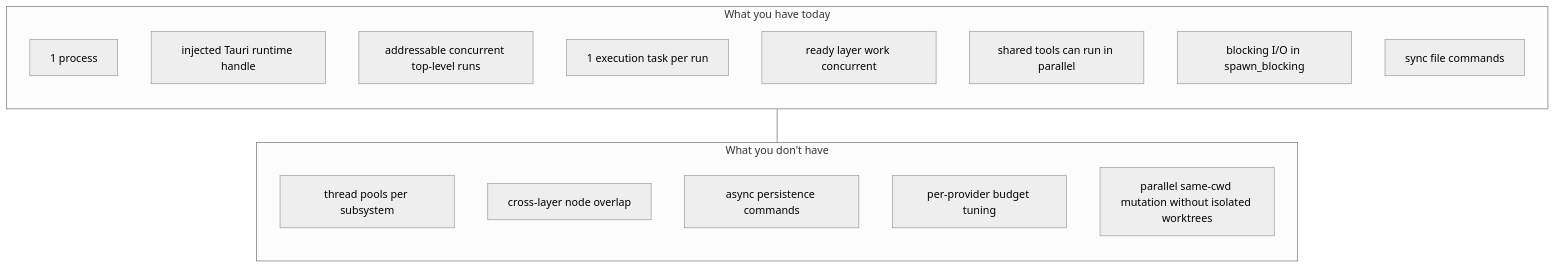
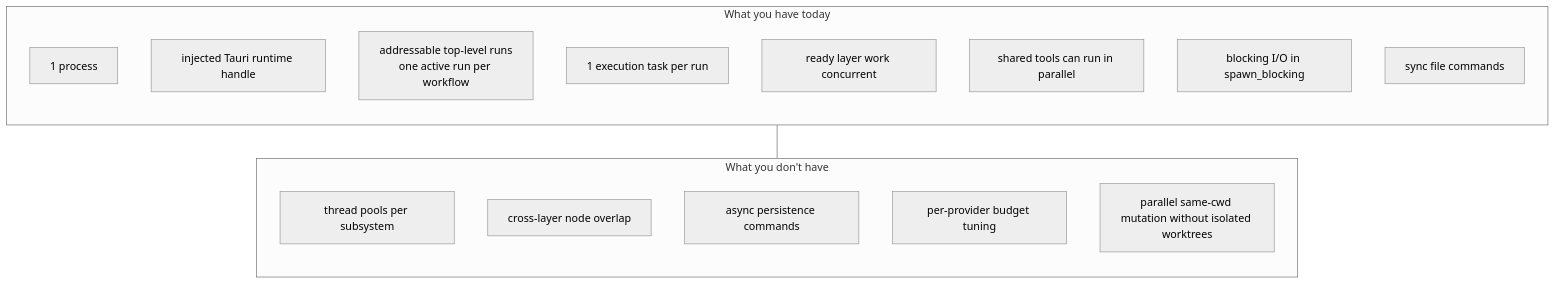
The seventh of 7 diagrams in docs/architecture/threading-concurrency.md (philbotar/OpenFlow), drawn with Mermaid (neutral theme) before and after one commit. The commit also changed other lines of this file and 27 other files, not shown here.

````diff
--- a/docs/architecture/threading-concurrency.md
+++ b/docs/architecture/threading-concurrency.md
@@ -326,25 +327,25 @@
 ```mermaid
 flowchart TB
     subgraph WhatYouHave["What you have today"]
         direction TB
         W1["1 process"]
         W2["injected Tauri runtime handle"]
-        W3["addressable concurrent top-level runs"]
+        W3["addressable top-level runs<br/>one active run per workflow"]
         W4["1 execution task per run"]
         W5["ready layer work concurrent"]
         W6["shared tools can run in parallel"]
         W7["blocking I/O in spawn_blocking"]
         W8["sync file commands"]
     end
 
     subgraph WhatYouDontHave["What you don't have"]
         direction TB
         N1["thread pools per subsystem"]
         N2["cross-layer node overlap"]
         N3["async persistence commands"]
         N4["per-provider budget tuning"]
         N5["parallel same-cwd mutation without isolated worktrees"]
     end
 
     WhatYouHave --- WhatYouDontHave
 ```
````
